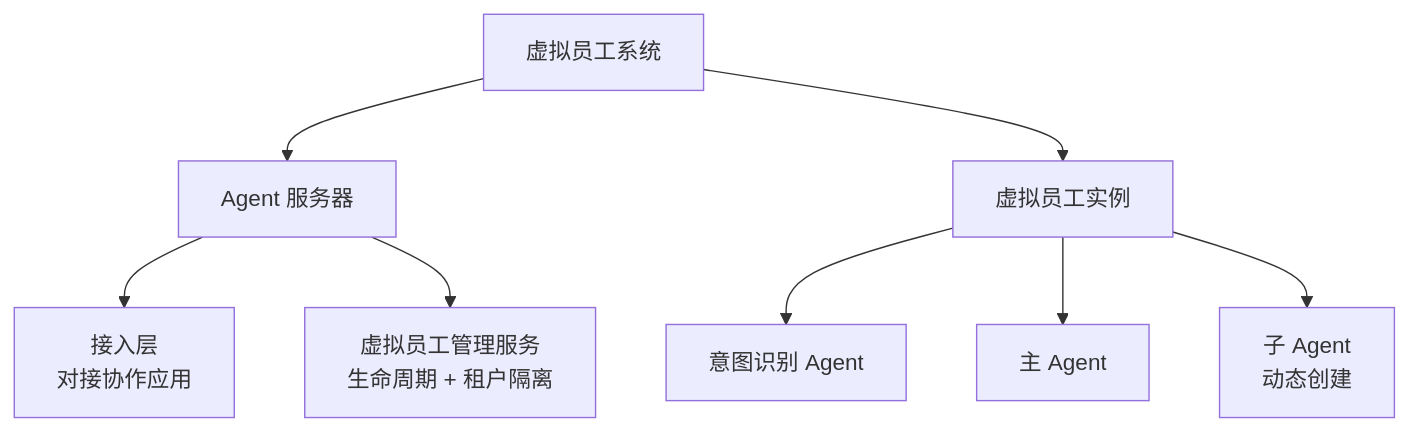
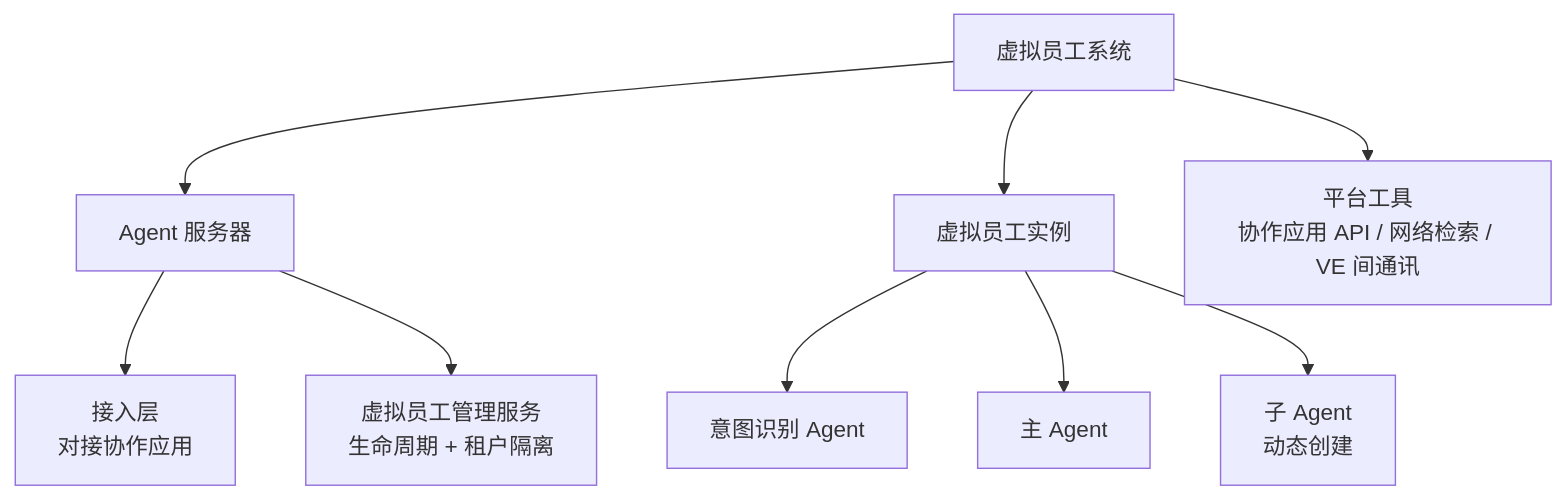
The first of 2 diagrams in virtual-team/src/05-virtual-employee-system.md (chongyi/virtual-team-architecture), drawn with Mermaid before and after one commit. The commit also changed 7 other files, not shown here.

````diff
--- a/virtual-team/src/05-virtual-employee-system.md
+++ b/virtual-team/src/05-virtual-employee-system.md
@@ -9,13 +9,14 @@
 ```mermaid
 flowchart TD
     veSystem["虚拟员工系统"]
     veSystem --> agentServer["Agent 服务器"]
     veSystem --> veInstance["虚拟员工实例"]
+    veSystem --> platformTools["平台工具<br/>协作应用 API / 网络检索 / VE 间通讯"]
 
     agentServer --> access["接入层<br/>对接协作应用"]
     agentServer --> management["虚拟员工管理服务<br/>生命周期 + 租户隔离"]
 
     veInstance --> intent["意图识别 Agent"]
     veInstance --> main["主 Agent"]
     veInstance --> sub["子 Agent<br/>动态创建"]
 ```
````
